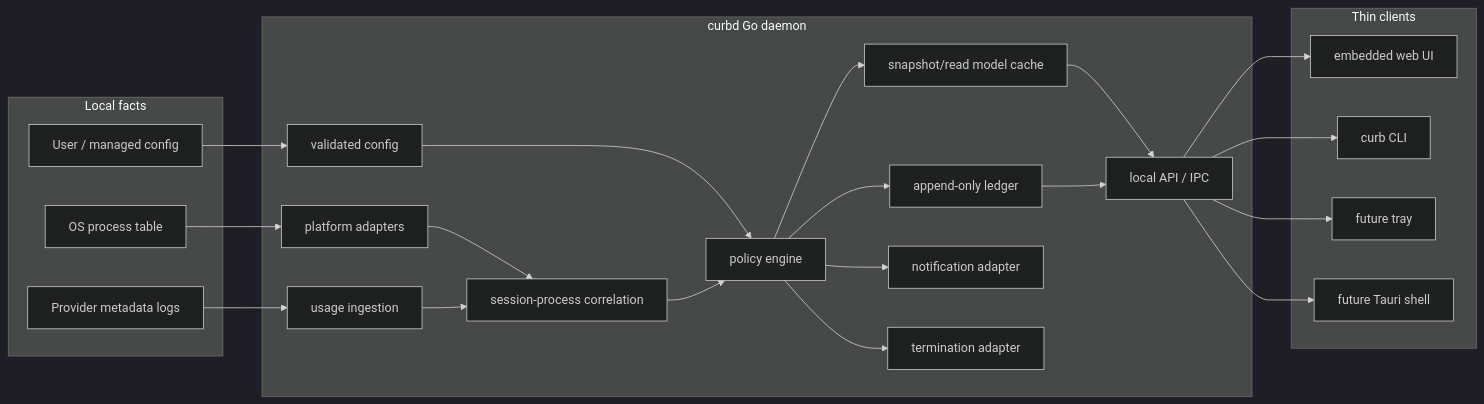
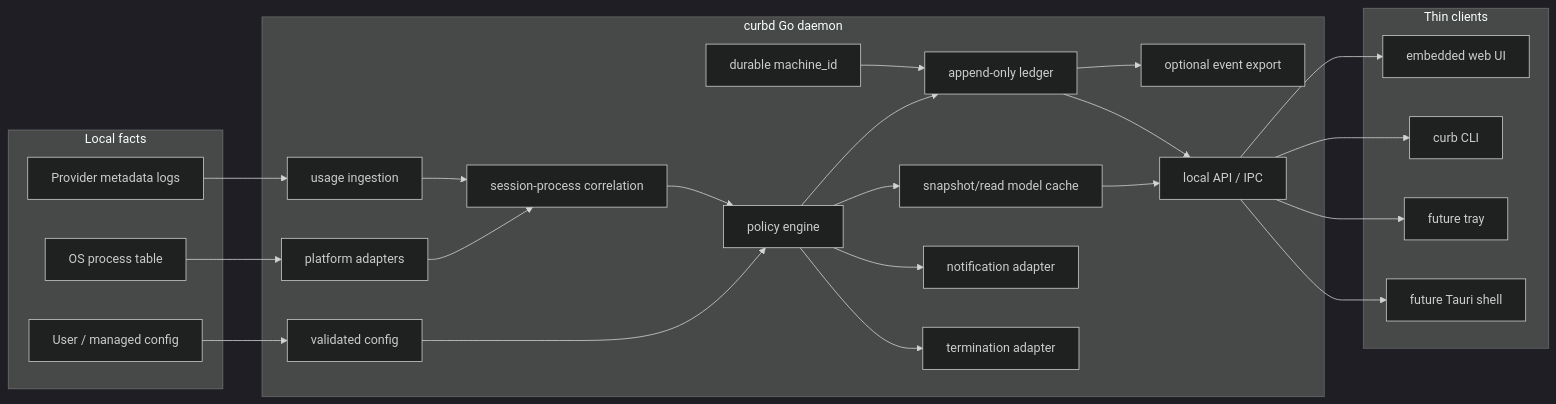
The diagram in docs/application-design.md (misty-step/curb), drawn with Mermaid (dark theme) before and after one commit. The commit also changed other lines of this file and 21 other files, not shown here.

````diff
--- a/docs/application-design.md
+++ b/docs/application-design.md
@@ -46,46 +46,50 @@
 ```mermaid
 flowchart LR
   subgraph Inputs["Local facts"]
     Proc["OS process table"]
     Logs["Provider metadata logs"]
     ConfigFile["User / managed config"]
   end
 
   subgraph Daemon["curbd Go daemon"]
     Platform["platform adapters"]
     Usage["usage ingestion"]
     Correlation["session-process correlation"]
     Policy["policy engine"]
     Store["snapshot/read model cache"]
     Ledger["append-only ledger"]
+    Identity["durable machine_id"]
+    Export["optional event export"]
     Config["validated config"]
     Notify["notification adapter"]
     Enforcement["termination adapter"]
     API["local API / IPC"]
   end
 
   subgraph Clients["Thin clients"]
     Web["embedded web UI"]
     CLI["curb CLI"]
     Tray["future tray"]
     Native["future Tauri shell"]
   end
 
   Proc --> Platform
   Logs --> Usage
   ConfigFile --> Config
   Platform --> Correlation
   Usage --> Correlation
   Config --> Policy
   Correlation --> Policy
   Policy --> Store
   Policy --> Ledger
+  Identity --> Ledger
+  Ledger --> Export
   Policy --> Notify
   Policy --> Enforcement
   Store --> API
   Ledger --> API
   API --> Web
   API --> CLI
   API --> Tray
   API --> Native
 ```
````
